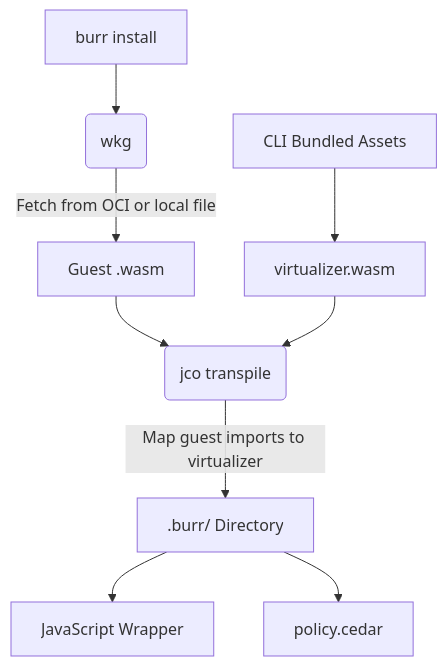
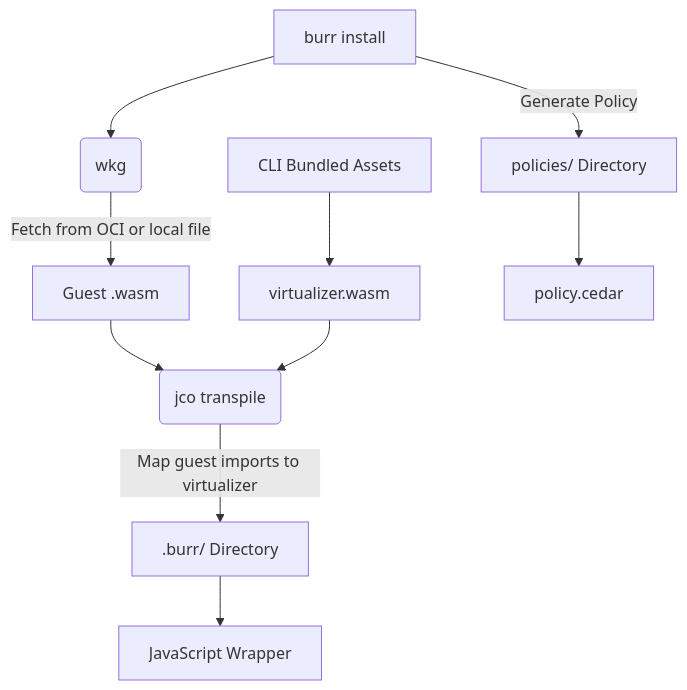
The first of 2 diagrams in ARCHITECTURE.md (guyco3/burr), drawn with Mermaid before and after one commit. The commit also changed 29 other files, not shown here.

````diff
--- a/ARCHITECTURE.md
+++ b/ARCHITECTURE.md
@@ -14,11 +14,12 @@
 ```mermaid
 flowchart TD
     A[burr install <package>] --> B(wkg)
     B -->|Fetch from OCI or local file| C[Guest .wasm]
     D[CLI Bundled Assets] --> E[virtualizer.wasm]
     C --> F(jco transpile)
     E --> F
     F -->|Map guest imports to virtualizer| G[.burr/ Directory]
     G --> H[JavaScript Wrapper]
-    G --> I[policy.cedar]
+    A -->|Generate Policy| J[policies/ Directory]
+    J --> I[policy.cedar]
 ```
````
